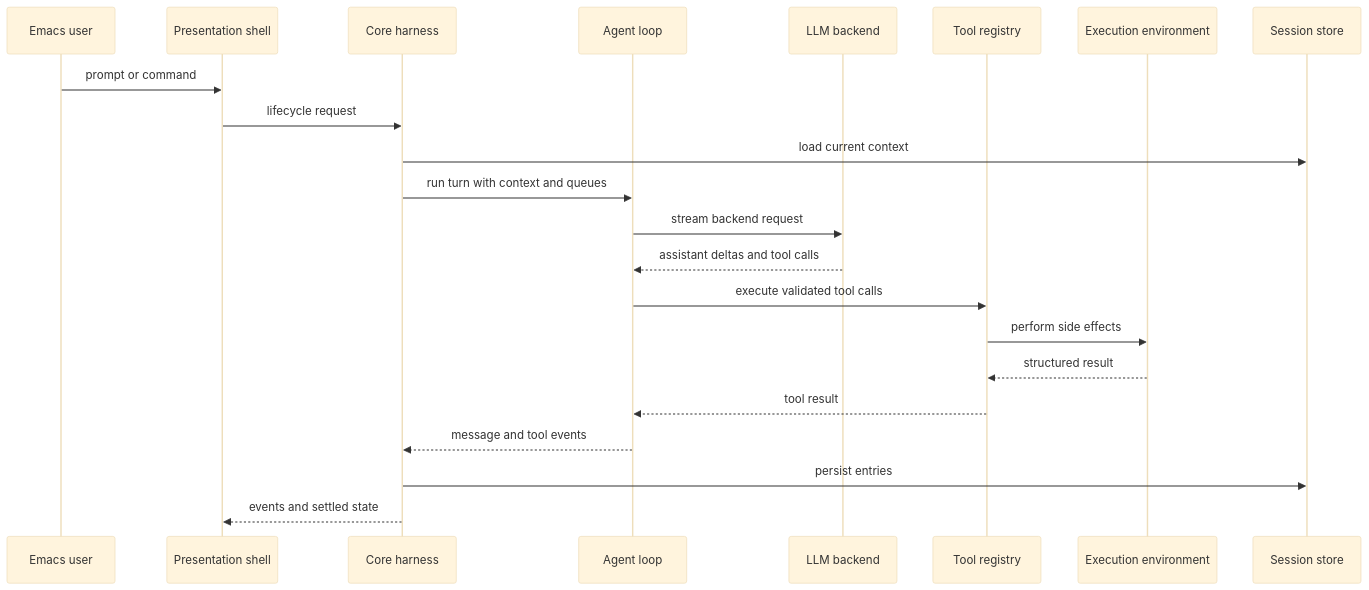
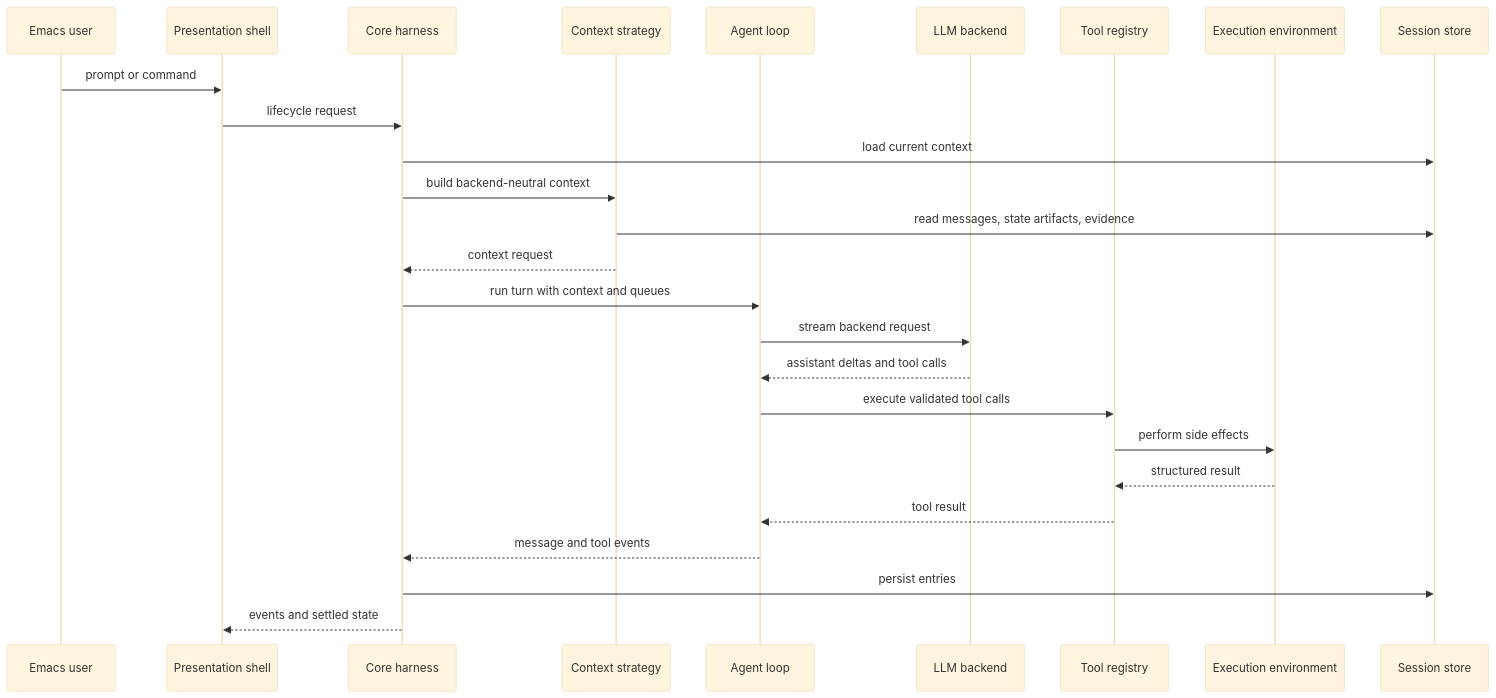
The second of 2 diagrams in docs/architecture.md (alendit/e), drawn with Mermaid (base theme) before and after one commit. The commit also changed other lines of this file and 1 other file, not shown here.

Commit message:
docs: record canvas context mode

````diff
--- a/docs/architecture.md
+++ b/docs/architecture.md
@@ -121,24 +177,28 @@
 ```mermaid
 sequenceDiagram
     participant User as Emacs user
     participant UI as Presentation shell
     participant H as Core harness
+    participant C as Context strategy
     participant L as Agent loop
     participant B as LLM backend
     participant T as Tool registry
     participant E as Execution environment
     participant S as Session store
     User->>UI: prompt or command
     UI->>H: lifecycle request
     H->>S: load current context
+    H->>C: build backend-neutral context
+    C->>S: read messages, state artifacts, evidence
+    C-->>H: context request
     H->>L: run turn with context and queues
     L->>B: stream backend request
     B-->>L: assistant deltas and tool calls
     L->>T: execute validated tool calls
     T->>E: perform side effects
     E-->>T: structured result
     T-->>L: tool result
     L-->>H: message and tool events
     H->>S: persist entries
     H-->>UI: events and settled state
 ```
````
